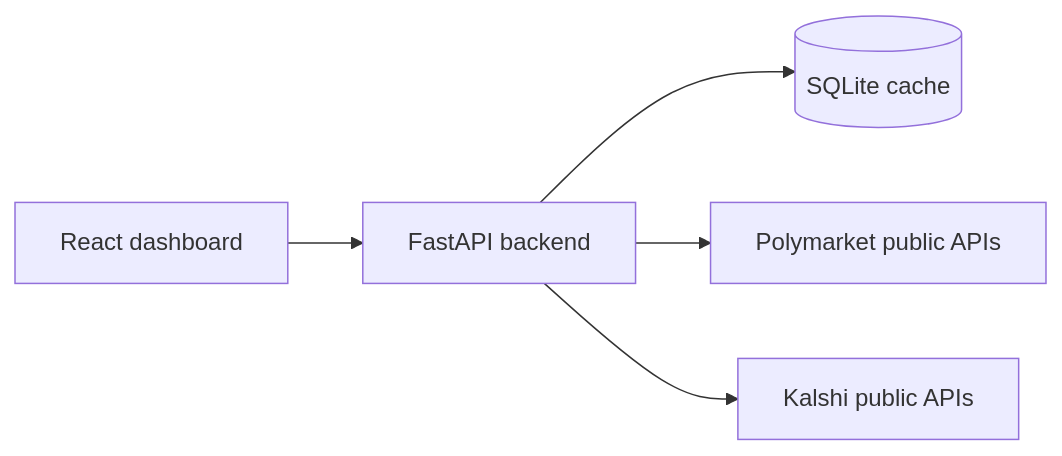
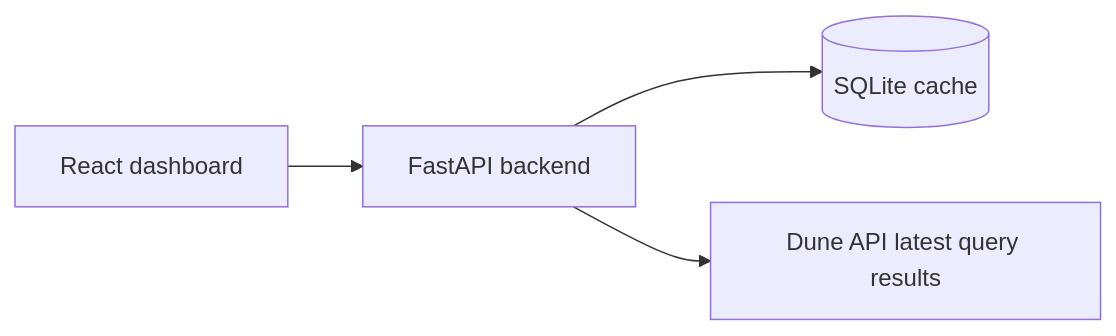
Before and after one commit to bif-voyager/dashboard-market: the diagram in README.md, drawn with Mermaid. The commit also changed other lines of this file and 25 other files, not shown here.

````diff
--- a/README.md
+++ b/README.md
@@ -52,7 +52,6 @@
 ```mermaid
 flowchart LR
     UI[React dashboard] --> API[FastAPI backend]
     API --> DB[(SQLite cache)]
-    API --> POLY[Polymarket public APIs]
-    API --> KALSHI[Kalshi public APIs]
+    API --> DUNE[Dune API latest query results]
 ```
````
